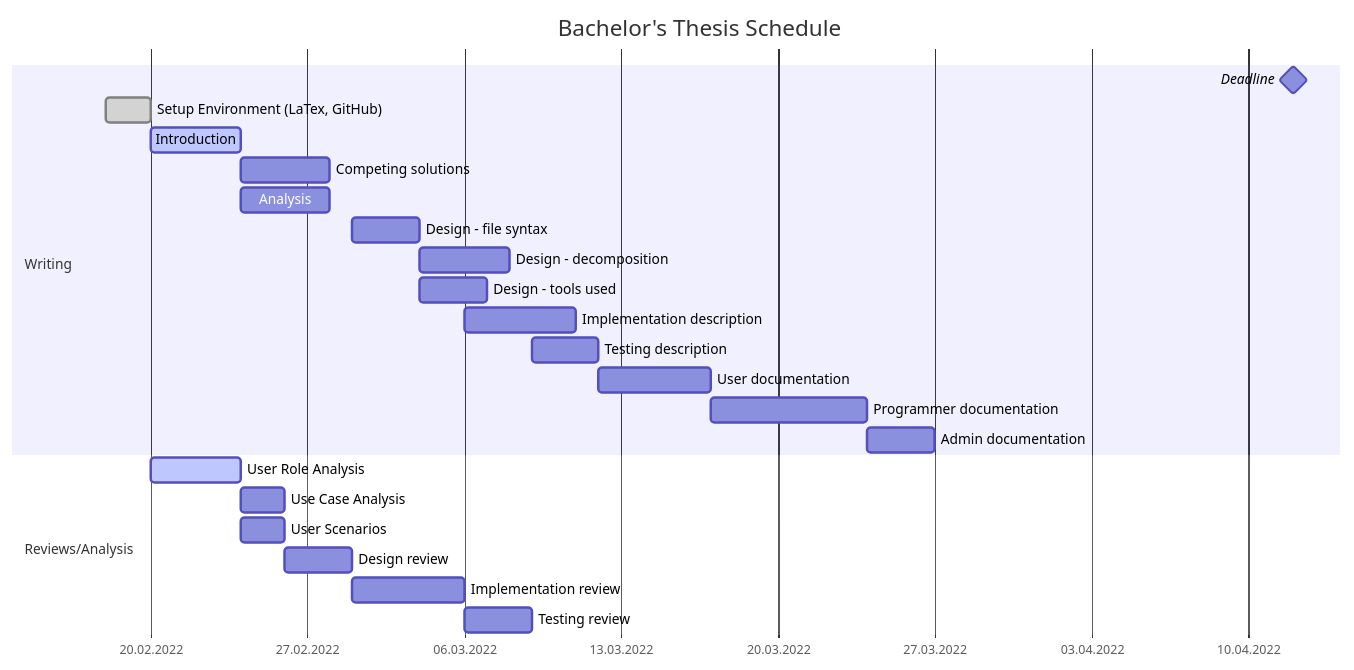
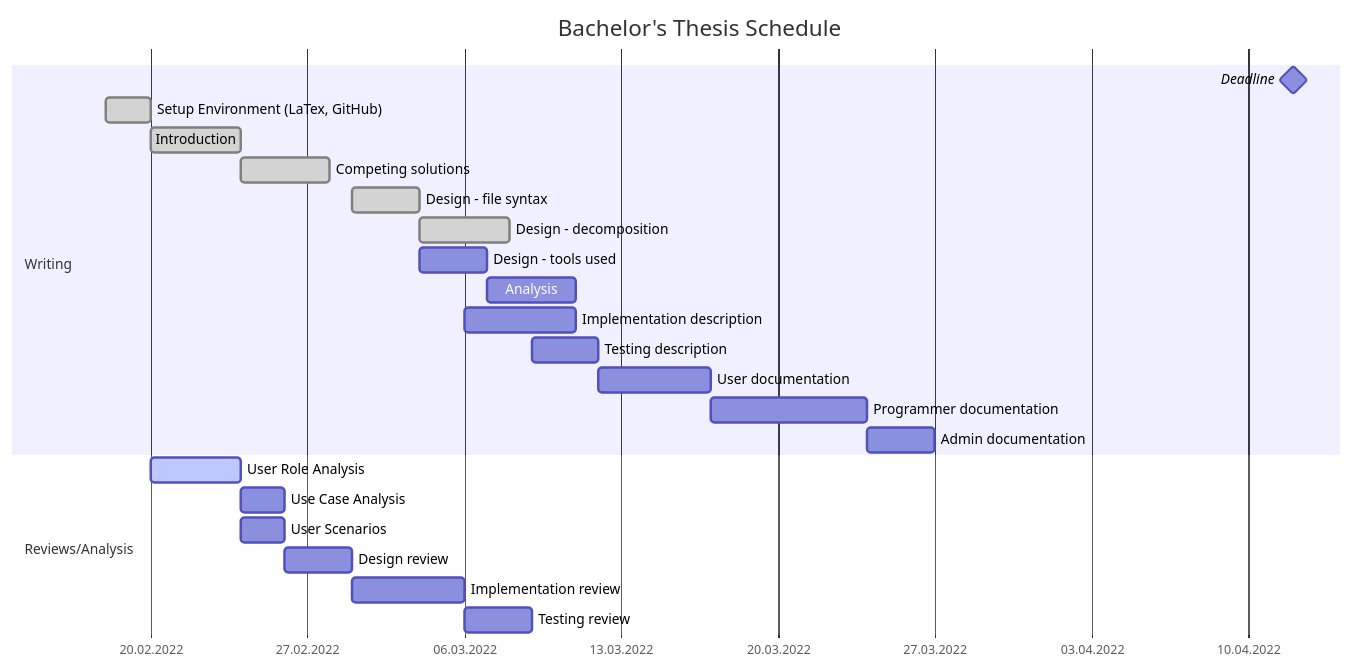
Before and after one commit to barjin/bachelor-thesis: the diagram in schedule.md, drawn with Mermaid.

Commit message:
schedule updated

````diff
--- a/schedule.md
+++ b/schedule.md
@@ -4,31 +4,31 @@
 ```mermaid
 gantt
     title Bachelor's Thesis Schedule
     dateFormat DD.MM.YYYY
     axisFormat %d.%m.%Y
 
     section Writing
     Deadline: milestone, 12.04.2022, 0d
 
     Setup Environment (LaTex, GitHub): done, environment, 18.02.2022, 2d
-    Introduction: active, introduction, after environment, 4d
-    Competing solutions: 4d
-    Analysis: after introduction, 4d
-    Design - file syntax: syntax, after design_review, 3d
-    Design - decomposition: after syntax, 4d
-    Design - tools used: after syntax, 3d
+    Introduction: done, introduction, after environment, 4d
+    Competing solutions: done, 4d
+    Design - file syntax: done, syntax, after design_review, 3d
+    Design - decomposition: done, after syntax, 4d
+    Design - tools used: tools, after syntax, 3d
+    Analysis: after tools, 4d
     Implementation description: after implementation_review, 5d
     Testing description: after tests_review, 3d
     User documentation: 5d
     Programmer documentation:7d
     Admin documentation: 3d
 
     section Reviews/Analysis
 
     User Role Analysis: active, analysis_roles, after environment, 4d
     Use Case Analysis: after analysis_roles, 2d
     User Scenarios: analysis_scenarios, after analysis_roles, 2d
     Design review: design_review, after analysis_scenarios, 3d
     Implementation review: implementation_review, after design_review, 5d
     Testing review: tests_review, after implementation_review, 3d 
 ```
````
